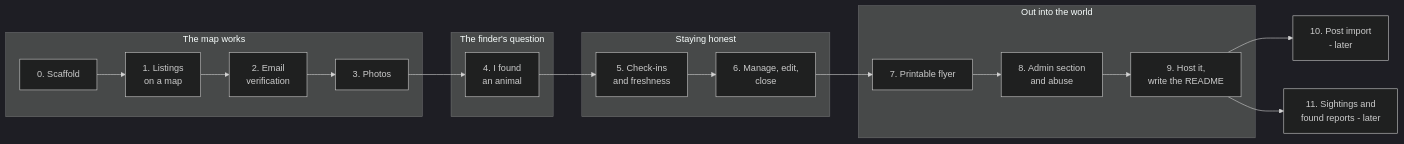
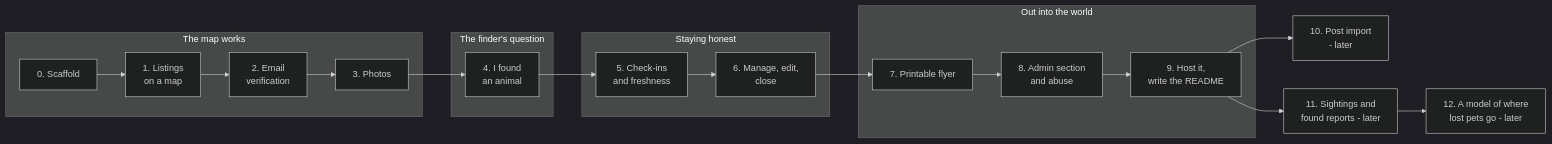
One commit to MoAbboud/PortFolio changed the diagram in roamer/requirements/00-plan.md. Above: the diagram before and after it, drawn with Mermaid (dark theme). The commit also changed other lines of this file and 32 other files, not shown here.

````diff
--- a/roamer/requirements/00-plan.md
+++ b/roamer/requirements/00-plan.md
@@ -35,22 +35,23 @@
 ```mermaid
 flowchart LR
     subgraph A[The map works]
         S0[0. Scaffold] --> S1[1. Listings<br/>on a map]
         S1 --> S2[2. Email<br/>verification]
         S2 --> S3[3. Photos]
     end
     subgraph B[The finder's question]
         S4[4. I found<br/>an animal]
     end
     subgraph C[Staying honest]
         S5[5. Check-ins<br/>and freshness] --> S6[6. Manage, edit,<br/>close]
     end
     subgraph D[Out into the world]
         S7[7. Printable flyer] --> S8[8. Admin section<br/>and abuse]
         S8 --> S9[9. Host it,<br/>write the README]
     end
     S3 --> S4 --> S5
     S6 --> S7
     S9 --> S10[10. Post import<br/>- later]
     S9 --> S11[11. Sightings and<br/>found reports - later]
+    S11 --> S12[12. A model of where<br/>lost pets go - later]
 ```
````
